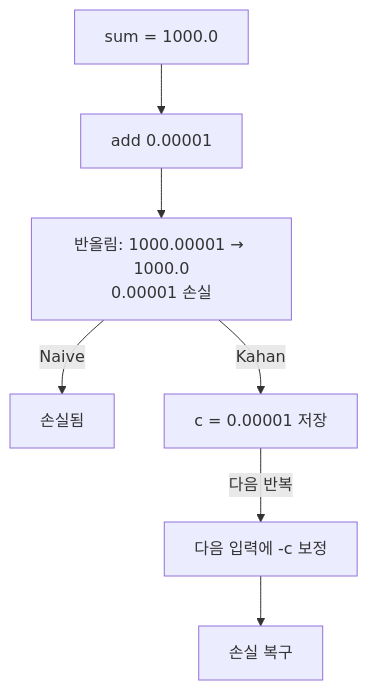
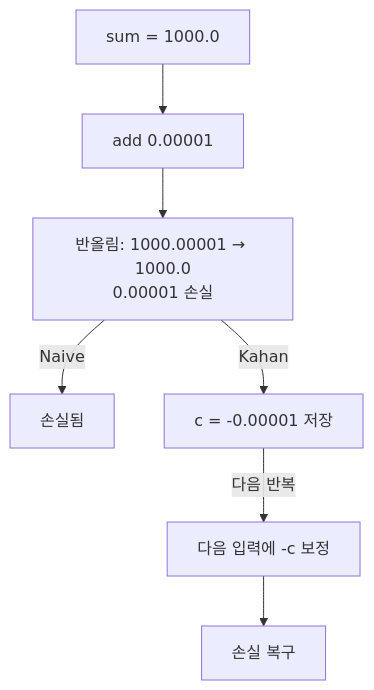
The fourth of 7 diagrams in math/part20_numerical_stability.md (Rein-ArXiv/game-dev-curriculum), drawn with Mermaid before and after one commit. The commit also changed other lines of this file and 1129 other files, not shown here.

````diff
--- a/math/part20_numerical_stability.md
+++ b/math/part20_numerical_stability.md
@@ -261,9 +280,9 @@
 ```mermaid
 flowchart TD
     Step1[sum = 1000.0] --> Add1[add 0.00001]
     Add1 --> Round[반올림: 1000.00001 → 1000.0<br/>0.00001 손실]
     Round -->|Naive| Lost[손실됨]
-    Round -->|Kahan| Save[c = 0.00001 저장]
+    Round -->|Kahan| Save[c = -0.00001 저장]
     Save -->|다음 반복| Restore[다음 입력에 -c 보정]
     Restore --> Recover[손실 복구]
 ```
````
